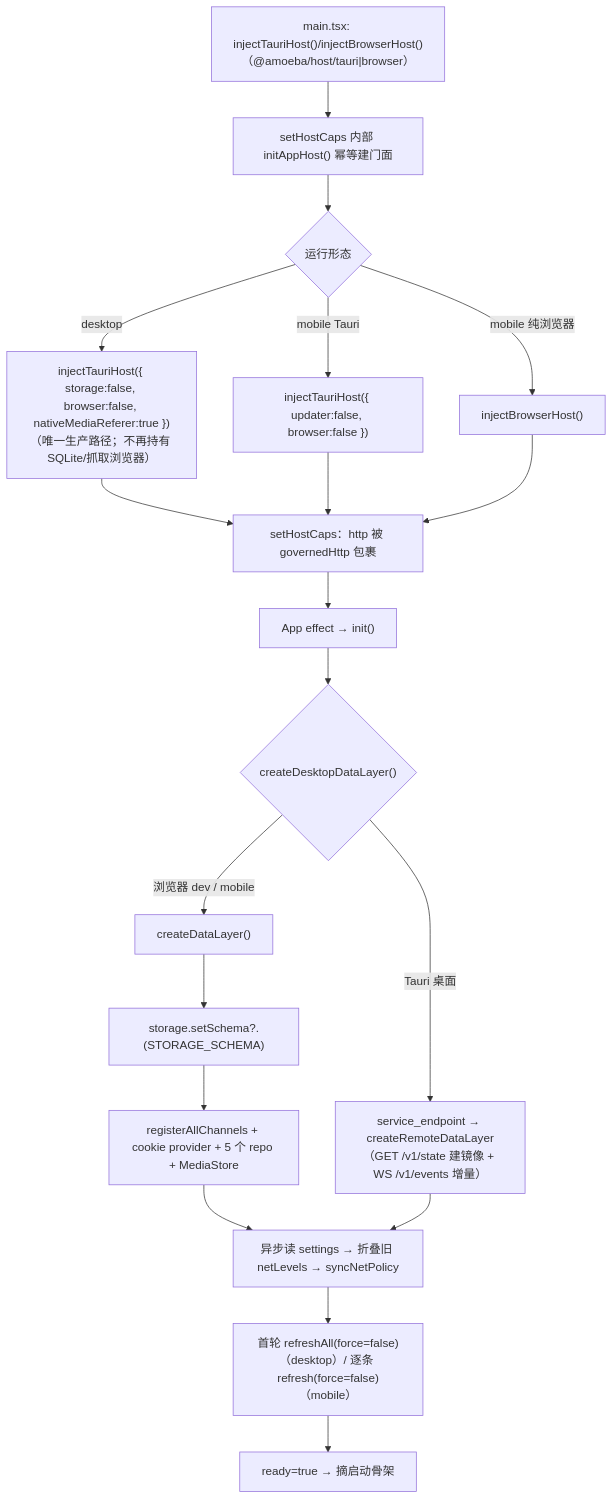
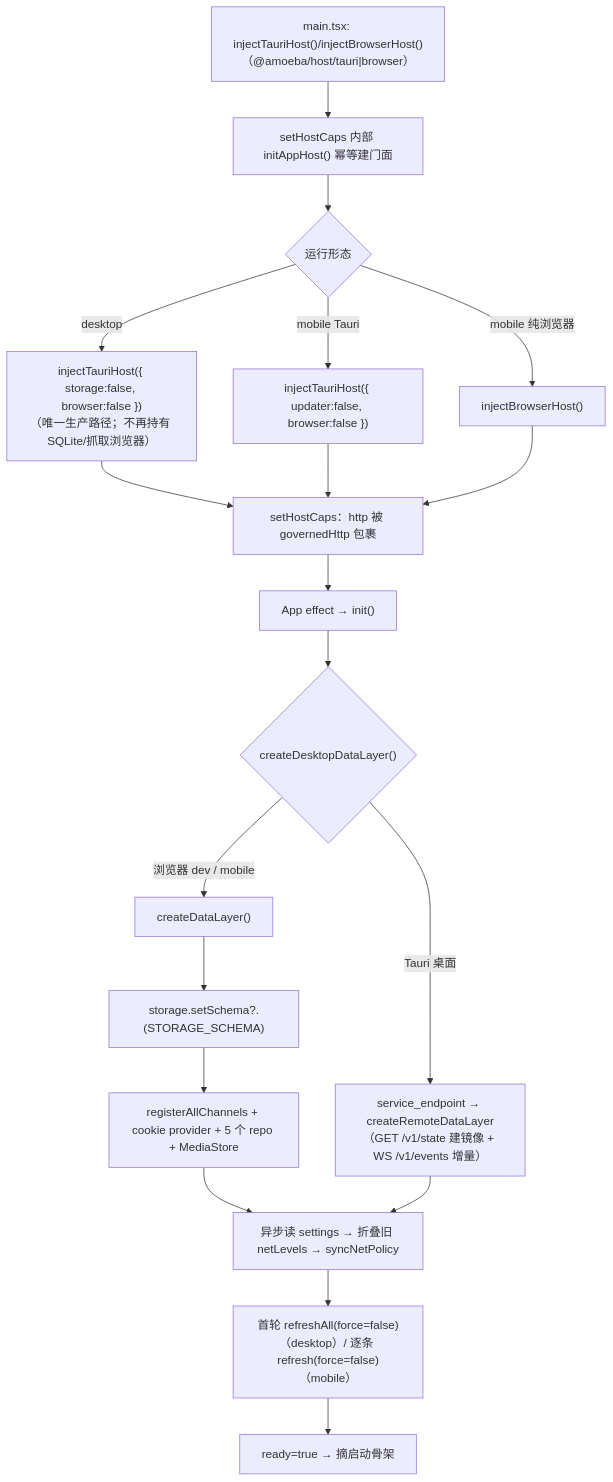
Before and after one commit to sakiko999/tauri-rss: the first of 11 diagrams in docs/architecture/system/03-flows.md, drawn with Mermaid. The commit also changed 26 other files, not shown here.

````diff
--- a/docs/architecture/system/03-flows.md
+++ b/docs/architecture/system/03-flows.md
@@ -27,21 +27,21 @@
 ```mermaid
 flowchart TD
   A["main.tsx: injectTauriHost()/injectBrowserHost()<br/>（@amoeba/host/tauri|browser）"] --> B["setHostCaps 内部 initAppHost() 幂等建门面"]
   B --> C{"运行形态"}
-  C -->|desktop| D["injectTauriHost({ storage:false, browser:false, nativeMediaReferer:true })<br/>（唯一生产路径；不再持有 SQLite/抓取浏览器）"]
+  C -->|desktop| D["injectTauriHost({ storage:false, browser:false })<br/>（唯一生产路径；不再持有 SQLite/抓取浏览器）"]
   C -->|mobile Tauri| E["injectTauriHost({ updater:false, browser:false })"]
   C -->|mobile 纯浏览器| F["injectBrowserHost()"]
   D --> G["setHostCaps：http 被 governedHttp 包裹"]
   E --> G
   F --> G
   G --> H["App effect → init()"]
   H --> I{"createDesktopDataLayer()"}
   I -->|Tauri 桌面| R["service_endpoint → createRemoteDataLayer<br/>（GET /v1/state 建镜像 + WS /v1/events 增量）"]
   I -->|浏览器 dev / mobile| S["createDataLayer()"]
   S --> S1["storage.setSchema?.(STORAGE_SCHEMA)"]
   S1 --> J["registerAllChannels + cookie provider + 5 个 repo + MediaStore"]
   J --> K["异步读 settings → 折叠旧 netLevels → syncNetPolicy"]
   R --> K
   K --> L["首轮 refreshAll(force=false)（desktop）/ 逐条 refresh(force=false)（mobile）"]
   L --> M["ready=true → 摘启动骨架"]
 ```
````
